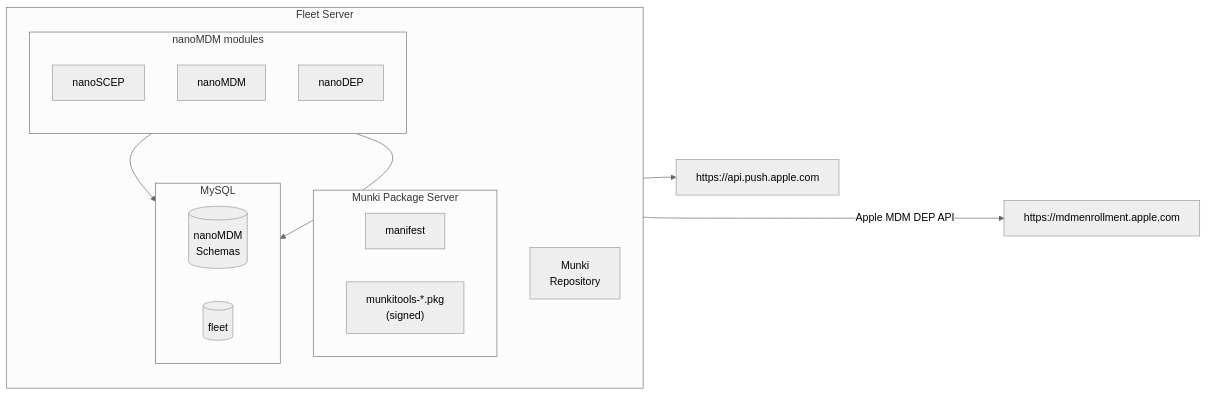
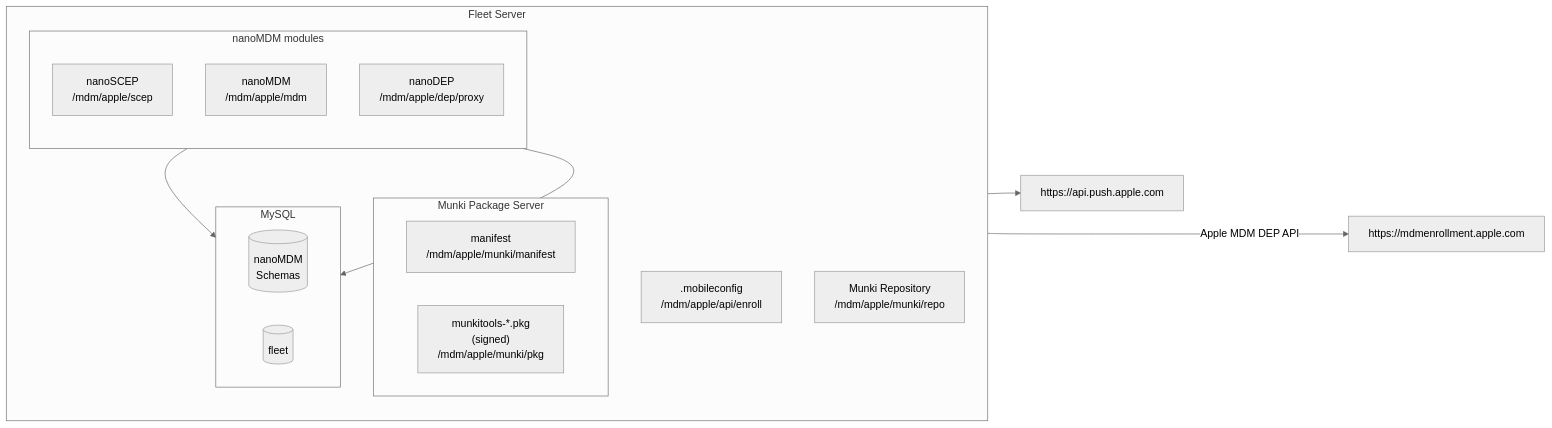
Before and after one commit to fleetdm/fleet: the diagram in tools/mdm/apple/demo.md, drawn with Mermaid (neutral theme). The commit also changed 1 other file, not shown here.

Commit message:
Add endpoints to demo.md

````diff
--- a/tools/mdm/apple/demo.md
+++ b/tools/mdm/apple/demo.md
@@ -5,33 +5,34 @@
 ```mermaid
 flowchart LR
 
 subgraph Fleet [Fleet Server]
 
     direction TB;
 
+    enroll[".mobileconfig<br>/mdm/apple/api/enroll"];
     subgraph nanoMDMModules ["nanoMDM modules"]
         direction TB;
-        nanoSCEP[nanoSCEP];
-        nanoMDM[nanoMDM];
-        nanoDEP[nanoDEP];
+        nanoSCEP["nanoSCEP<br>/mdm/apple/scep"];
+        nanoMDM["nanoMDM<br>/mdm/apple/mdm"];
+        nanoDEP["nanoDEP<br>/mdm/apple/dep/proxy"];
     end
-    MunkiRepo[Munki<br>Repository];
+    MunkiRepo["Munki Repository<br>/mdm/apple/munki/repo"];
     subgraph MunkiPkg [Munki Package Server];
-        manifest
-        munkitools["munkitools-*.pkg<br>(signed)"]
+        manifest["manifest<br>/mdm/apple/munki/manifest"]
+        munkitools["munkitools-*.pkg<br>(signed)<br>/mdm/apple/munki/pkg"]
     end
     subgraph MySQL
         direction LR;
         mdmAppleDB[(nanoMDM<br>Schemas)];
         fleetDB[(fleet)];
     end
 end
 
 ApplePush[https://api.push.apple.com];
 AppleDEP[https://mdmenrollment.apple.com];
 nanoDEP -- Apple MDM DEP API ----> AppleDEP;
 nanoMDM --> ApplePush;
 
 nanoDEP --> mdmAppleDB;
 nanoMDM --> mdmAppleDB;
 ```
````
